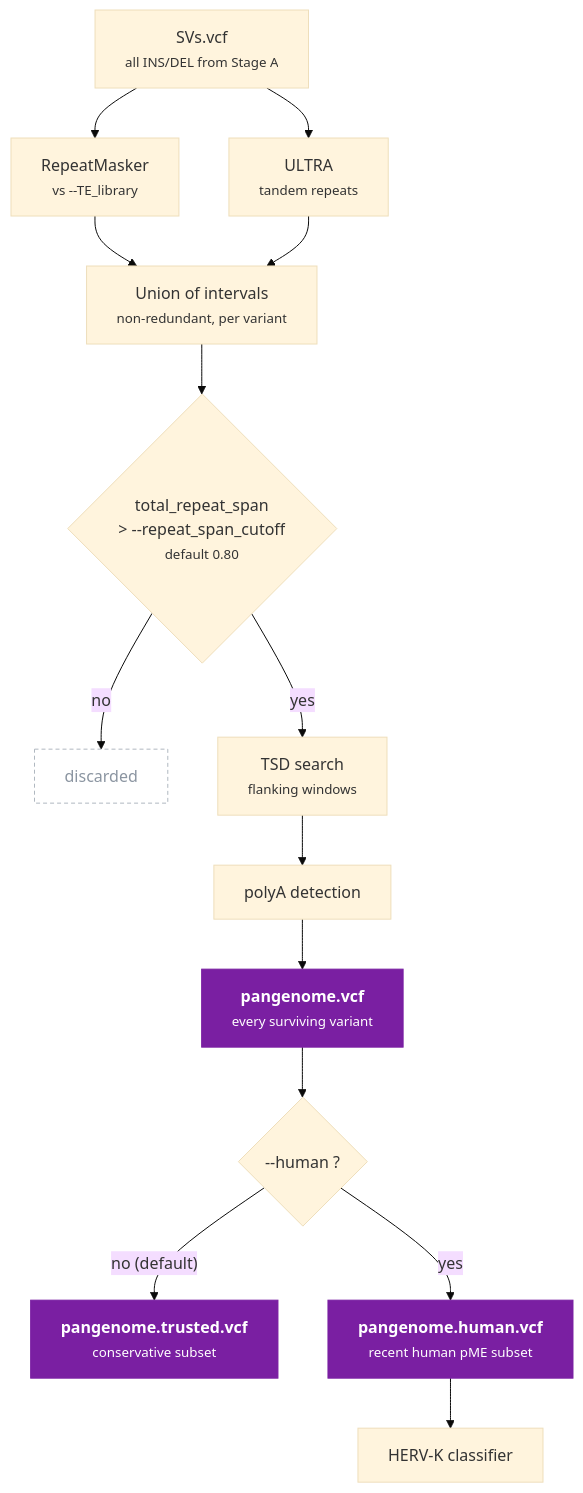
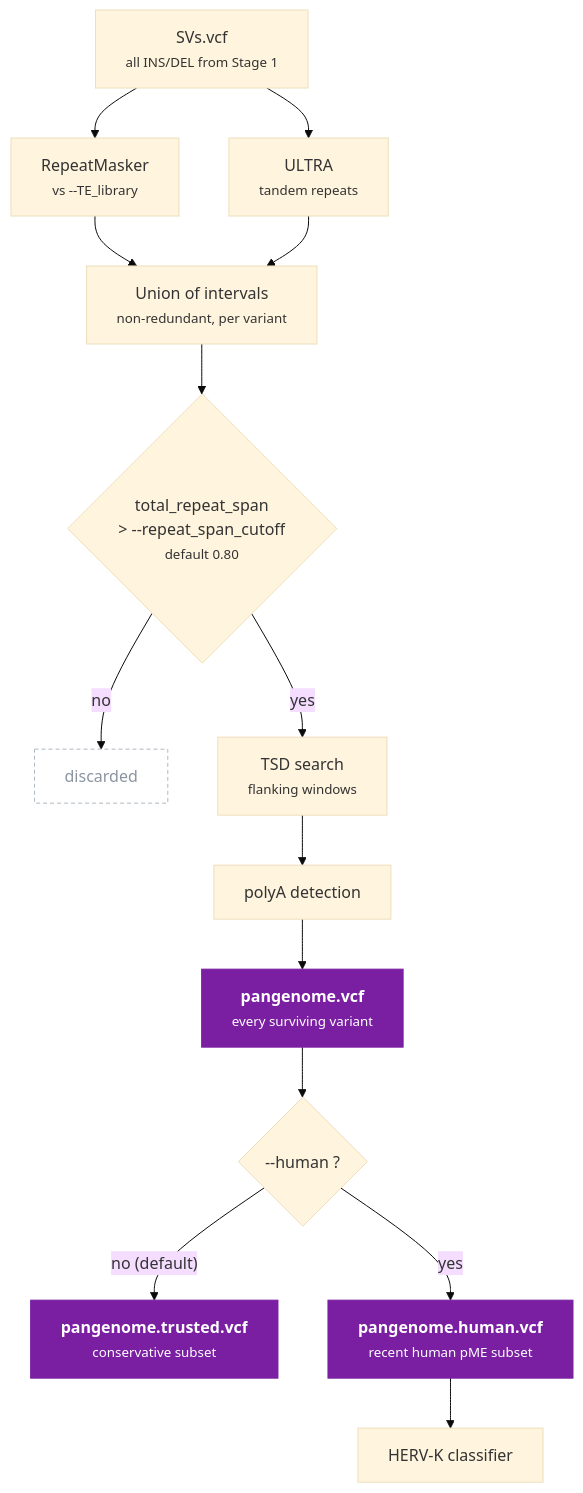
Before and after one commit to cgroza/GraffiTE: the diagram in docs/guides/annotation.md, drawn with Mermaid (base theme). The commit also changed other lines of this file and 19 other files, not shown here.

````diff
--- a/docs/guides/annotation.md
+++ b/docs/guides/annotation.md
@@ -20,30 +20,30 @@
 ```mermaid
 flowchart TD
-    IN["SVs.vcf<br/><small>all INS/DEL from Stage A</small>"]
+    IN["SVs.vcf<br/><small>all INS/DEL from Stage 1</small>"]
     RM["RepeatMasker<br/><small>vs --TE_library</small>"]
     UL["ULTRA<br/><small>tandem repeats</small>"]
     UN["Union of intervals<br/><small>non-redundant, per variant</small>"]
     F1{"total_repeat_span<br/>&gt; --repeat_span_cutoff<br/><small>default 0.80</small>"}
     DROP["discarded"]
     TSD["TSD search<br/><small>flanking windows</small>"]
     PA["polyA detection"]
     PG["<b>pangenome.vcf</b><br/><small>every surviving variant</small>"]
     T{"--human ?"}
     TR["<b>pangenome.trusted.vcf</b><br/><small>conservative subset</small>"]
     HU["<b>pangenome.human.vcf</b><br/><small>recent human pME subset</small>"]
     HK["HERV-K classifier"]
 
     IN --> RM --> UN
     IN --> UL --> UN
     UN --> F1
     F1 -->|no| DROP
     F1 -->|yes| TSD --> PA --> PG
     PG --> T
     T -->|"no (default)"| TR
     T -->|yes| HU --> HK
 
     classDef out fill:#7a1fa2,stroke:#7a1fa2,color:#fff;
     classDef bad fill:none,stroke:#b0b8c0,color:#8b95a1,stroke-dasharray:4 3;
     class PG,TR,HU out;
     class DROP bad;
 ```
````
